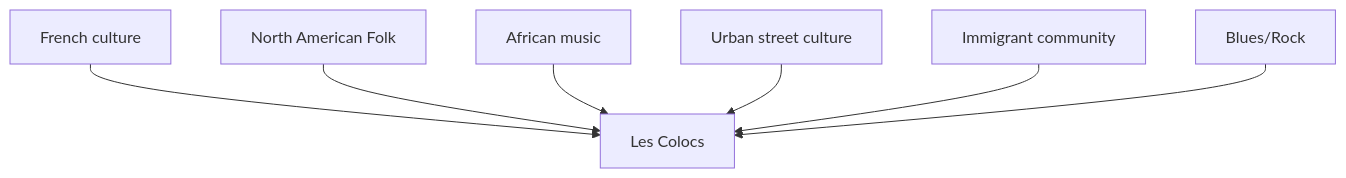
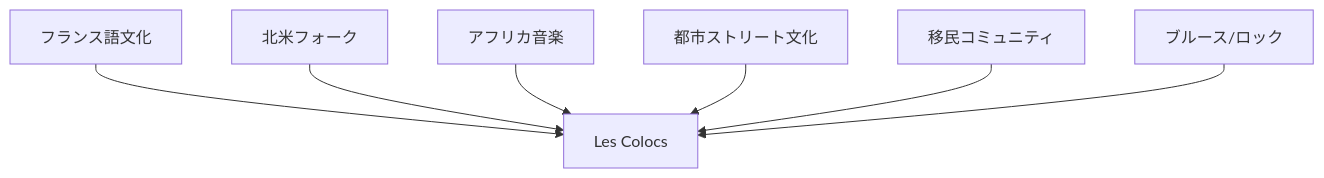
Before and after one commit to monumental-movement/monumental-movement.github.io: the first of 5 diagrams in en/_posts/2026-05-07-column-les-colocs.md, drawn with Mermaid. The commit also changed other lines of this file and 2196 other files, not shown here.

```diff
--- a/en/_posts/2026-05-07-column-les-colocs.md
+++ b/en/_posts/2026-05-07-column-les-colocs.md
@@ -133,9 +133,9 @@
 <div class="mermaid">
 graph TD
-A["French culture"] --> E["Les Colocs"]
-B["North American Folk"] --> E
-C["African music"] --> E
-D["Urban street culture"] --> E
-F["Immigrant community"] --> E
-G["Blues/Rock"] --> E
+A["フランス語文化"] --> E["Les Colocs"]
+B["北米フォーク"] --> E
+C["アフリカ音楽"] --> E
+D["都市ストリート文化"] --> E
+F["移民コミュニティ"] --> E
+G["ブルース/ロック"] --> E
 </div>
```
